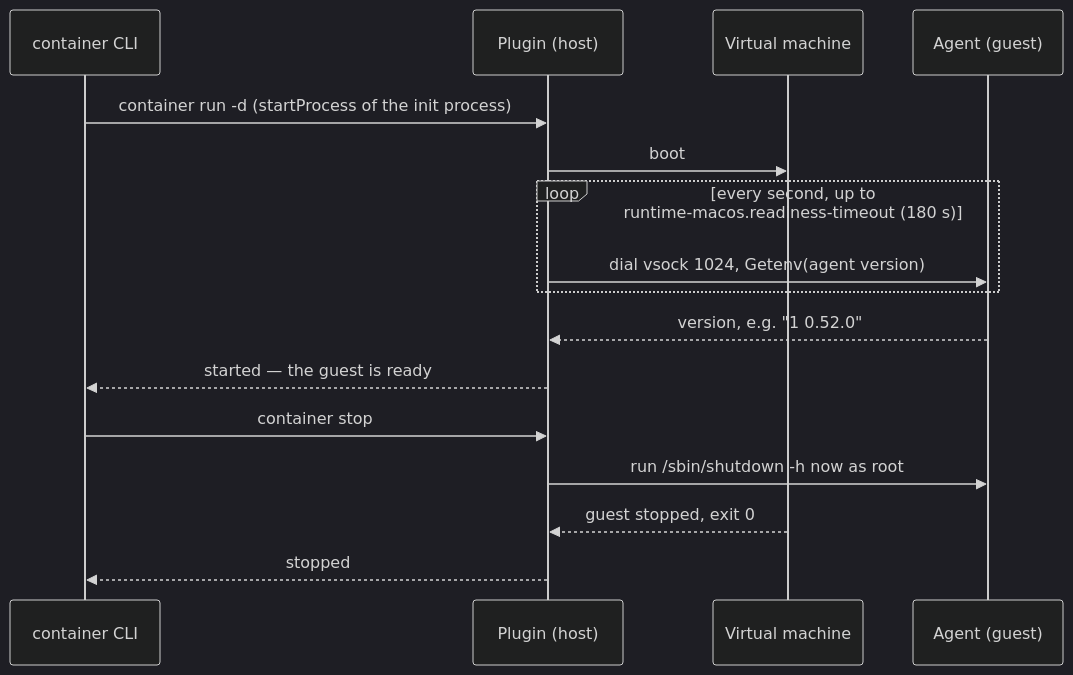
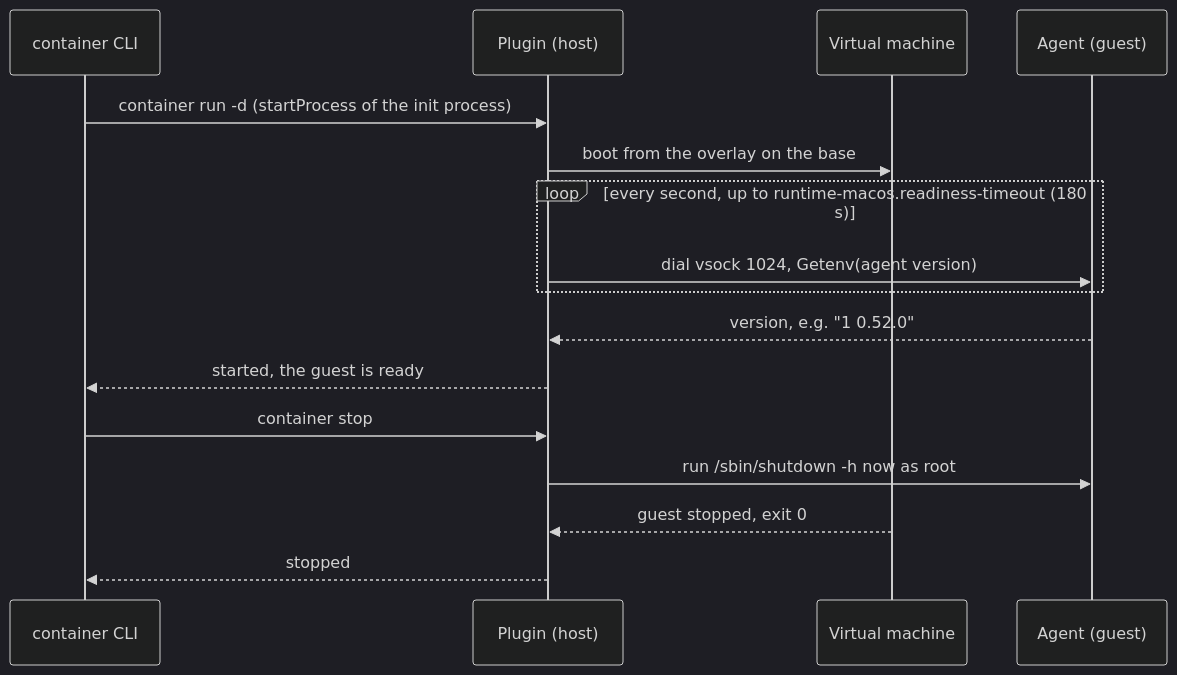
One commit to extra-code/parbake changed the fourth of 4 diagrams in docs/architecture.md. Above: the diagram before and after it, drawn with Mermaid (dark theme). The commit also changed other lines of this file and 15 other files, not shown here.

````diff
--- a/docs/architecture.md
+++ b/docs/architecture.md
@@ -109,20 +221,20 @@
 ```mermaid
 sequenceDiagram
     participant cli as container CLI
     participant plugin as Plugin (host)
     participant vm as Virtual machine
     participant agent as Agent (guest)
 
     cli->>plugin: container run -d (startProcess of the init process)
-    plugin->>vm: boot
+    plugin->>vm: boot from the overlay on the base
     loop every second, up to runtime-macos.readiness-timeout (180 s)
         plugin->>agent: dial vsock 1024, Getenv(agent version)
     end
     agent-->>plugin: version, e.g. "1 0.52.0"
-    plugin-->>cli: started — the guest is ready
+    plugin-->>cli: started, the guest is ready
 
     cli->>plugin: container stop
     plugin->>agent: run /sbin/shutdown -h now as root
     vm-->>plugin: guest stopped, exit 0
     plugin-->>cli: stopped
 ```
````
